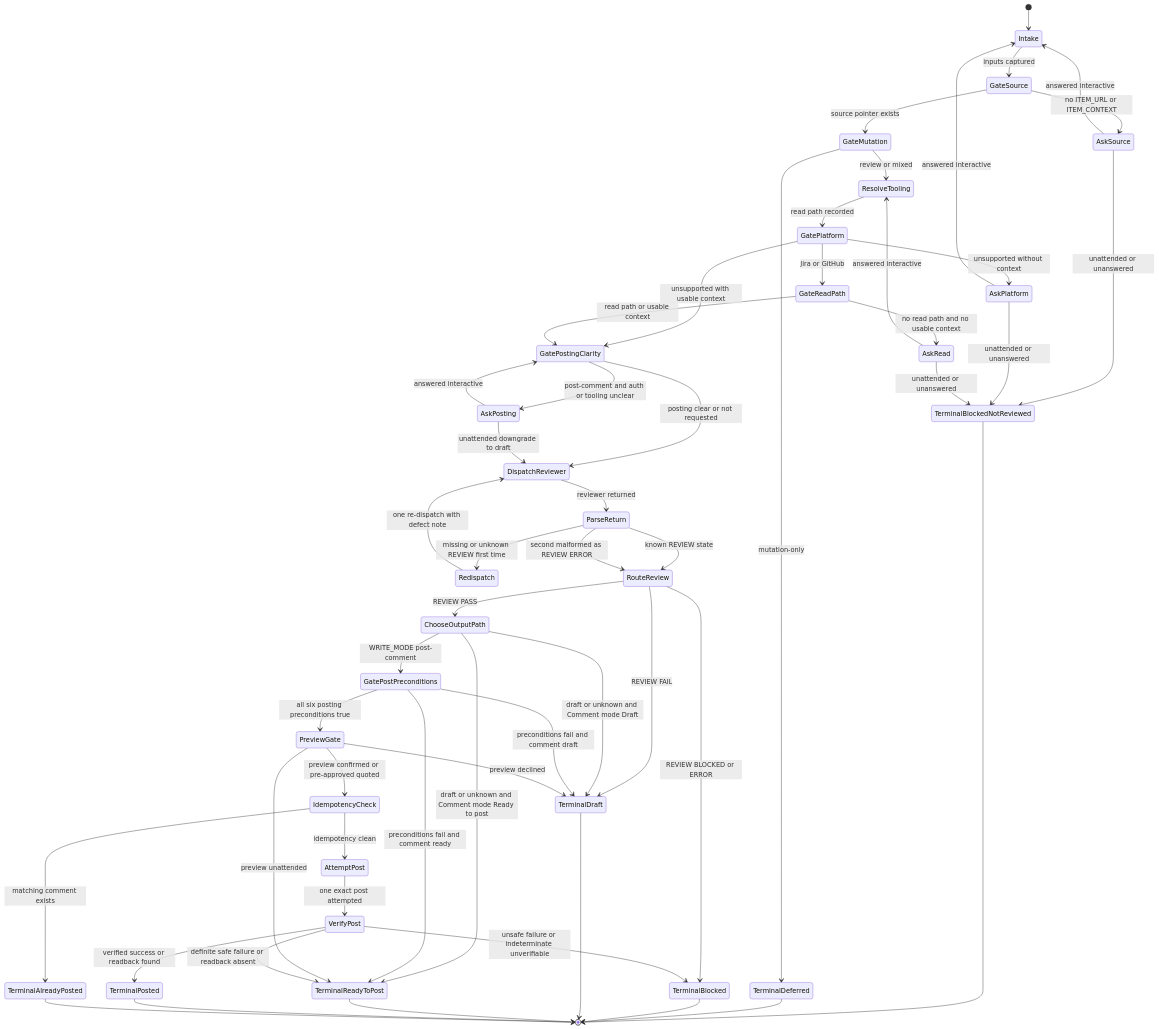
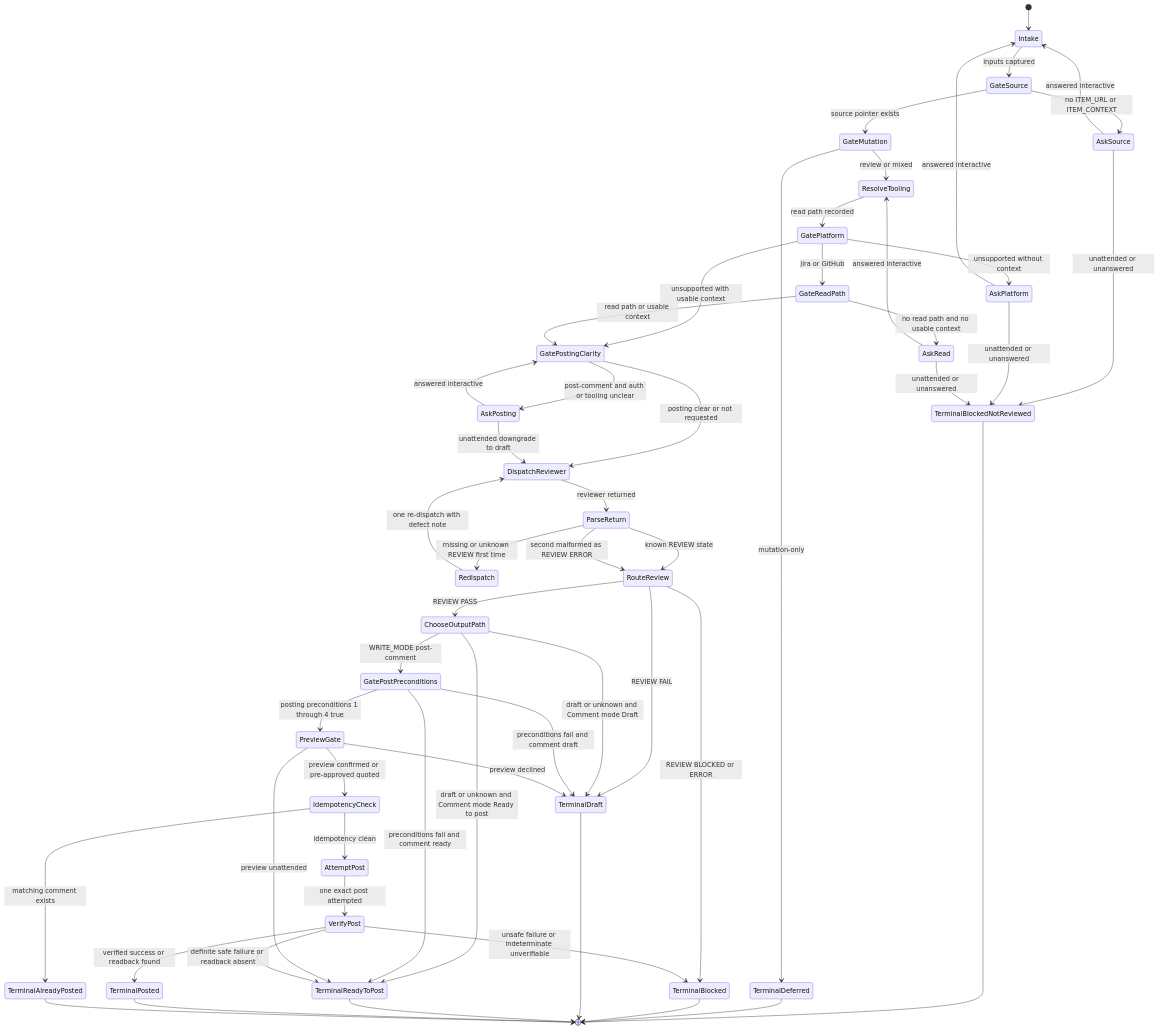
The diagram in skills/refine-task/flow-diagram.md (b-mendoza/agent-skills), drawn with Mermaid before and after one commit. The commit also changed other lines of this file and 3 other files, not shown here.

Commit message:
fix(skills/refine-task): apply preview gate only after posting preconditions 1-4

````diff
--- a/skills/refine-task/flow-diagram.md
+++ b/skills/refine-task/flow-diagram.md
@@ -5,68 +5,68 @@
 ```mermaid
 stateDiagram-v2
   [*] --> Intake
 
   Intake --> GateSource: inputs captured
   GateSource --> AskSource: no ITEM_URL or ITEM_CONTEXT
   GateSource --> GateMutation: source pointer exists
   AskSource --> Intake: answered interactive
   AskSource --> TerminalBlockedNotReviewed: unattended or unanswered
 
   GateMutation --> TerminalDeferred: mutation-only
   GateMutation --> ResolveTooling: review or mixed
 
   ResolveTooling --> GatePlatform: read path recorded
   GatePlatform --> GateReadPath: Jira or GitHub
   GatePlatform --> GatePostingClarity: unsupported with usable context
   GatePlatform --> AskPlatform: unsupported without context
   AskPlatform --> Intake: answered interactive
   AskPlatform --> TerminalBlockedNotReviewed: unattended or unanswered
 
   GateReadPath --> AskRead: no read path and no usable context
   GateReadPath --> GatePostingClarity: read path or usable context
   AskRead --> ResolveTooling: answered interactive
   AskRead --> TerminalBlockedNotReviewed: unattended or unanswered
 
   GatePostingClarity --> AskPosting: post-comment and auth or tooling unclear
   GatePostingClarity --> DispatchReviewer: posting clear or not requested
   AskPosting --> GatePostingClarity: answered interactive
   AskPosting --> DispatchReviewer: unattended downgrade to draft
 
   DispatchReviewer --> ParseReturn: reviewer returned
   ParseReturn --> Redispatch: missing or unknown REVIEW first time
   ParseReturn --> RouteReview: known REVIEW state
   Redispatch --> DispatchReviewer: one re-dispatch with defect note
   ParseReturn --> RouteReview: second malformed as REVIEW ERROR
 
   RouteReview --> TerminalBlocked: REVIEW BLOCKED or ERROR
   RouteReview --> TerminalDraft: REVIEW FAIL
   RouteReview --> ChooseOutputPath: REVIEW PASS
 
   ChooseOutputPath --> TerminalReadyToPost: draft or unknown and Comment mode Ready to post
   ChooseOutputPath --> TerminalDraft: draft or unknown and Comment mode Draft
   ChooseOutputPath --> GatePostPreconditions: WRITE_MODE post-comment
 
   GatePostPreconditions --> TerminalReadyToPost: preconditions fail and comment ready
   GatePostPreconditions --> TerminalDraft: preconditions fail and comment draft
-  GatePostPreconditions --> PreviewGate: all six posting preconditions true
+  GatePostPreconditions --> PreviewGate: posting preconditions 1 through 4 true
 
   PreviewGate --> TerminalDraft: preview declined
   PreviewGate --> TerminalReadyToPost: preview unattended
   PreviewGate --> IdempotencyCheck: preview confirmed or pre-approved quoted
 
   IdempotencyCheck --> TerminalAlreadyPosted: matching comment exists
   IdempotencyCheck --> AttemptPost: idempotency clean
 
   AttemptPost --> VerifyPost: one exact post attempted
   VerifyPost --> TerminalPosted: verified success or readback found
   VerifyPost --> TerminalReadyToPost: definite safe failure or readback absent
   VerifyPost --> TerminalBlocked: unsafe failure or indeterminate unverifiable
 
   TerminalBlockedNotReviewed --> [*]
   TerminalDeferred --> [*]
   TerminalBlocked --> [*]
   TerminalDraft --> [*]
   TerminalReadyToPost --> [*]
   TerminalPosted --> [*]
   TerminalAlreadyPosted --> [*]
 ```
````
